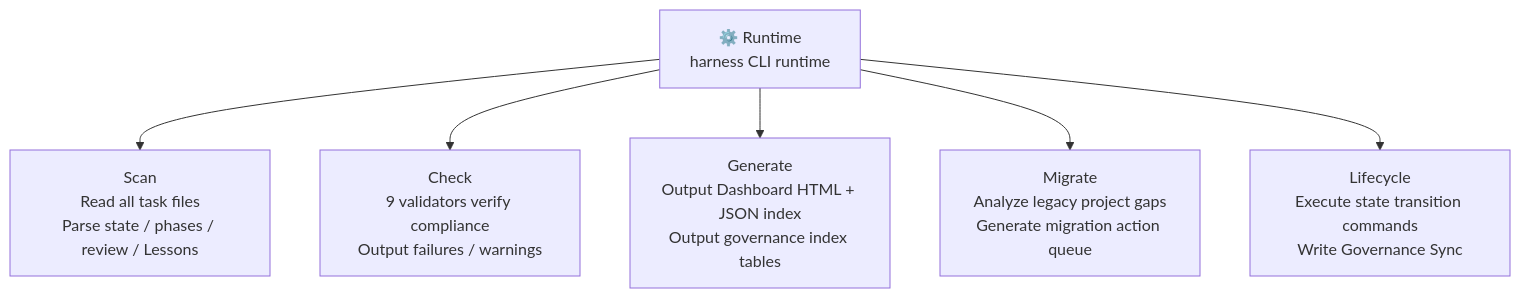
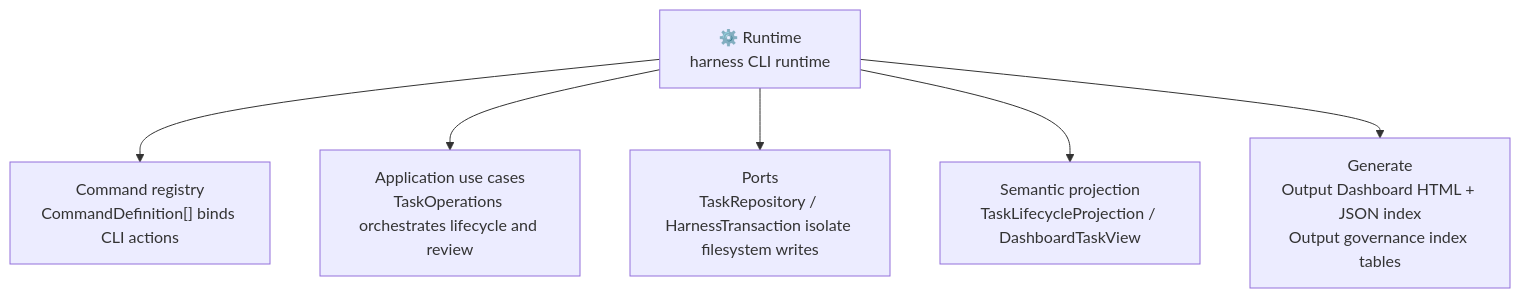
One commit to FairladyZ625/coding-agent-harness changed the fourth of 4 diagrams in docs-release/architecture/system-explainer/en-US/01-system-overview.md. Above: the diagram before and after it, drawn with Mermaid. The commit also changed other lines of this file and 13 other files, not shown here.

Commit message:
docs: align release architecture docs

````diff
--- a/docs-release/architecture/system-explainer/en-US/01-system-overview.md
+++ b/docs-release/architecture/system-explainer/en-US/01-system-overview.md
@@ -125,10 +130,10 @@
 ```mermaid
 flowchart TD
   RT["⚙️ Runtime\nharness CLI runtime"]
 
-  RT --> Scan["Scan\nRead all task files\nParse state / phases / review / Lessons"]
-  RT --> Check["Check\n9 validators verify compliance\nOutput failures / warnings"]
-  RT --> Generate["Generate\nOutput Dashboard HTML + JSON index\nOutput governance index tables"]
-  RT --> Migrate["Migrate\nAnalyze legacy project gaps\nGenerate migration action queue"]
-  RT --> Lifecycle["Lifecycle\nExecute state transition commands\nWrite Governance Sync"]
+  RT --> Commands["Command registry\nCommandDefinition[] binds CLI actions"]
+  RT --> UseCases["Application use cases\nTaskOperations orchestrates lifecycle and review"]
+  RT --> Ports["Ports\nTaskRepository / HarnessTransaction isolate filesystem writes"]
+  RT --> Projection["Semantic projection\nTaskLifecycleProjection / DashboardTaskView"]
+  RT --> Render["Generate\nOutput Dashboard HTML + JSON index\nOutput governance index tables"]
 ```
````
